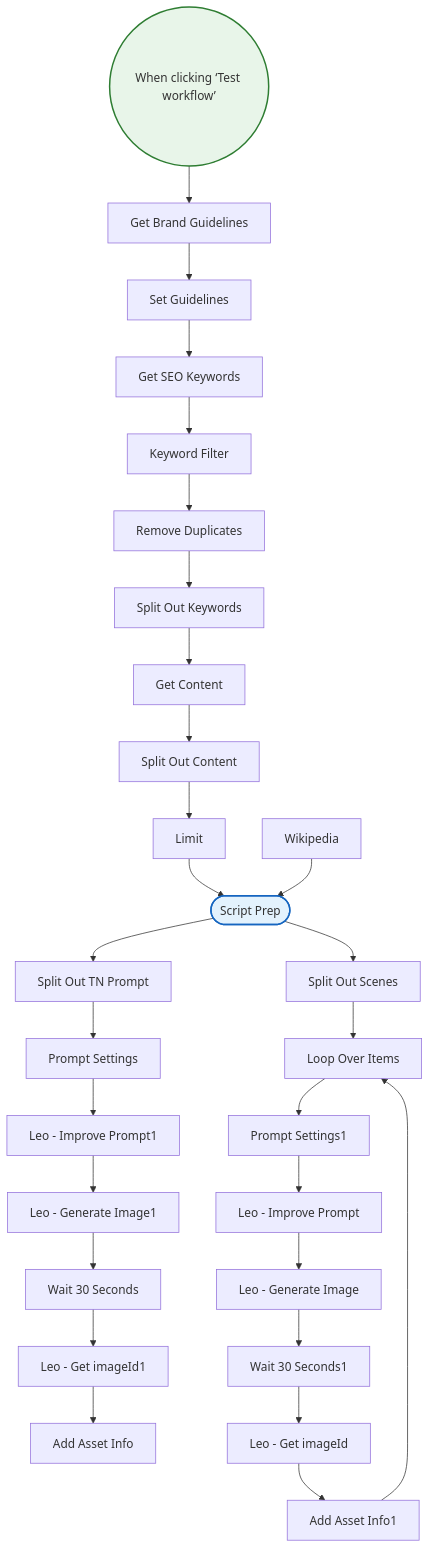
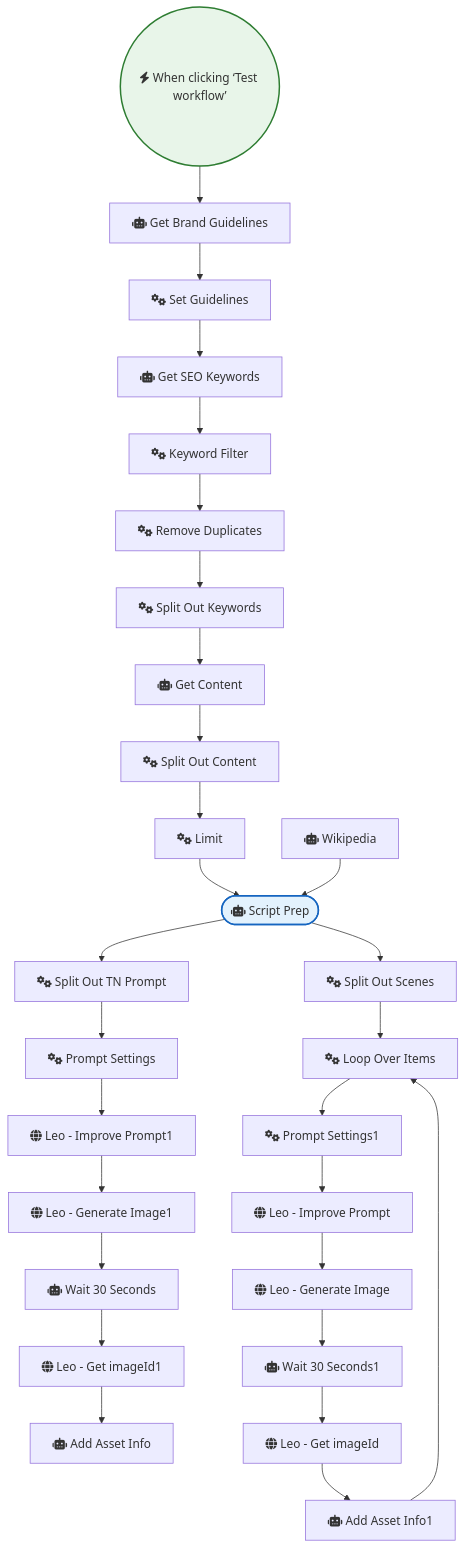
The diagram in OpenAI_and_LLMs/Content to 9 16 Aspect Image Generator V1.md (sreyash3105/N8N-DEMO-AUTOMATIONS), drawn with Mermaid before and after one commit. The commit also changed 291 other files, not shown here.

````diff
--- a/OpenAI_and_LLMs/Content to 9 16 Aspect Image Generator V1.md
+++ b/OpenAI_and_LLMs/Content to 9 16 Aspect Image Generator V1.md
@@ -1,62 +1,62 @@
 ```mermaid
 graph TD
     classDef trigger fill:#e8f5e9,stroke:#2e7d32,stroke-width:2px;
     classDef ai fill:#e3f2fd,stroke:#1565c0,stroke-width:2px;
     classDef logic fill:#fff3e0,stroke:#ef6c00,stroke-width:2px;
 
-    When_clicking__Test_workflow_(("When clicking ‘Test workflow’")):::trigger
-    Set_Guidelines["Set Guidelines"]
-    Get_Brand_Guidelines["Get Brand Guidelines"]
-    Get_SEO_Keywords["Get SEO Keywords"]
-    Remove_Duplicates["Remove Duplicates"]
-    Keyword_Filter["Keyword Filter"]
-    Get_Content["Get Content"]
-    Split_Out_Content["Split Out Content"]
-    Split_Out_Keywords["Split Out Keywords"]
-    Limit["Limit"]
-    Script_Prep(["Script Prep"]):::ai
-    Split_Out_Scenes["Split Out Scenes"]
-    Split_Out_TN_Prompt["Split Out TN Prompt"]
-    Leo___Improve_Prompt1["Leo - Improve Prompt1"]
-    Leo___Get_imageId1["Leo - Get imageId1"]
-    Prompt_Settings["Prompt Settings"]
-    Leo___Generate_Image1["Leo - Generate Image1"]
-    Wait_30_Seconds["Wait 30 Seconds"]
-    Leo___Improve_Prompt["Leo - Improve Prompt"]
-    Leo___Get_imageId["Leo - Get imageId"]
-    Prompt_Settings1["Prompt Settings1"]
-    Leo___Generate_Image["Leo - Generate Image"]
-    Wait_30_Seconds1["Wait 30 Seconds1"]
-    Loop_Over_Items["Loop Over Items"]
-    Add_Asset_Info["Add Asset Info"]
-    Add_Asset_Info1["Add Asset Info1"]
-    Wikipedia["Wikipedia"]
+    When_clicking__Test_workflow_(("fas:fa-bolt When clicking ‘Test workflow’")):::trigger
+    Set_Guidelines["fas:fa-cogs Set Guidelines"]
+    Get_Brand_Guidelines["fas:fa-robot Get Brand Guidelines"]
+    Get_SEO_Keywords["fas:fa-robot Get SEO Keywords"]
+    Remove_Duplicates["fas:fa-cogs Remove Duplicates"]
+    Keyword_Filter["fas:fa-cogs Keyword Filter"]
+    Get_Content["fas:fa-robot Get Content"]
+    Split_Out_Content["fas:fa-cogs Split Out Content"]
+    Split_Out_Keywords["fas:fa-cogs Split Out Keywords"]
+    Limit["fas:fa-cogs Limit"]
+    Script_Prep(["fas:fa-robot Script Prep"]):::ai
+    Split_Out_Scenes["fas:fa-cogs Split Out Scenes"]
+    Split_Out_TN_Prompt["fas:fa-cogs Split Out TN Prompt"]
+    Leo___Improve_Prompt1["fas:fa-globe Leo - Improve Prompt1"]
+    Leo___Get_imageId1["fas:fa-globe Leo - Get imageId1"]
+    Prompt_Settings["fas:fa-cogs Prompt Settings"]
+    Leo___Generate_Image1["fas:fa-globe Leo - Generate Image1"]
+    Wait_30_Seconds["fas:fa-robot Wait 30 Seconds"]
+    Leo___Improve_Prompt["fas:fa-globe Leo - Improve Prompt"]
+    Leo___Get_imageId["fas:fa-globe Leo - Get imageId"]
+    Prompt_Settings1["fas:fa-cogs Prompt Settings1"]
+    Leo___Generate_Image["fas:fa-globe Leo - Generate Image"]
+    Wait_30_Seconds1["fas:fa-robot Wait 30 Seconds1"]
+    Loop_Over_Items["fas:fa-cogs Loop Over Items"]
+    Add_Asset_Info["fas:fa-robot Add Asset Info"]
+    Add_Asset_Info1["fas:fa-robot Add Asset Info1"]
+    Wikipedia["fas:fa-robot Wikipedia"]
 
     Limit --> Script_Prep
     Wikipedia --> Script_Prep
     Get_Content --> Split_Out_Content
     Script_Prep --> Split_Out_TN_Prompt
     Script_Prep --> Split_Out_Scenes
     Keyword_Filter --> Remove_Duplicates
     Set_Guidelines --> Get_SEO_Keywords
     Add_Asset_Info1 --> Loop_Over_Items
     Loop_Over_Items --> Prompt_Settings1
     Prompt_Settings --> Leo___Improve_Prompt1
     Wait_30_Seconds --> Leo___Get_imageId1
     Get_SEO_Keywords --> Keyword_Filter
     Prompt_Settings1 --> Leo___Improve_Prompt
     Split_Out_Scenes --> Loop_Over_Items
     Wait_30_Seconds1 --> Leo___Get_imageId
     Leo___Get_imageId --> Add_Asset_Info1
     Remove_Duplicates --> Split_Out_Keywords
     Split_Out_Content --> Limit
     Leo___Get_imageId1 --> Add_Asset_Info
     Split_Out_Keywords --> Get_Content
     Split_Out_TN_Prompt --> Prompt_Settings
     Get_Brand_Guidelines --> Set_Guidelines
     Leo___Generate_Image --> Wait_30_Seconds1
     Leo___Improve_Prompt --> Leo___Generate_Image
     Leo___Generate_Image1 --> Wait_30_Seconds
     Leo___Improve_Prompt1 --> Leo___Generate_Image1
     When_clicking__Test_workflow_ --> Get_Brand_Guidelines
 ```
````
